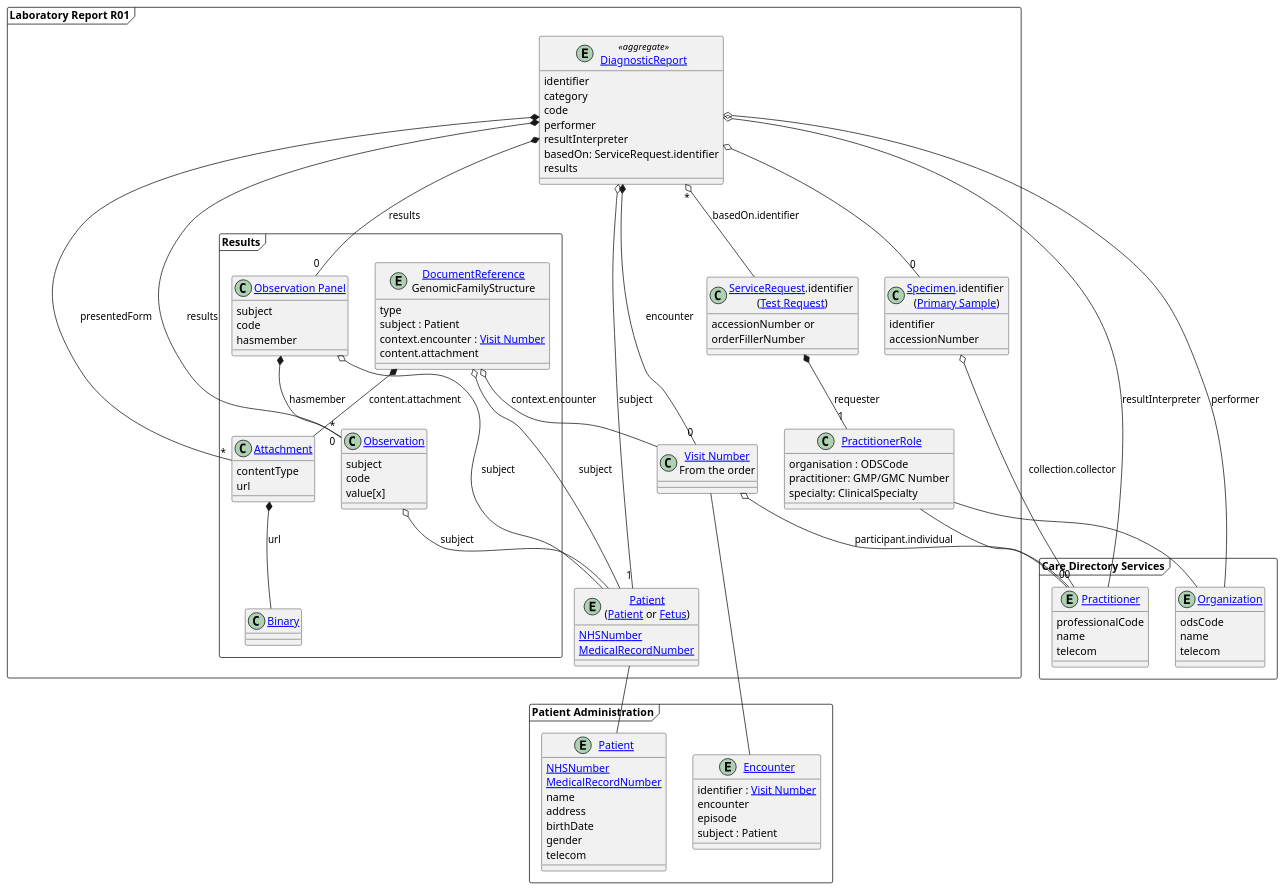
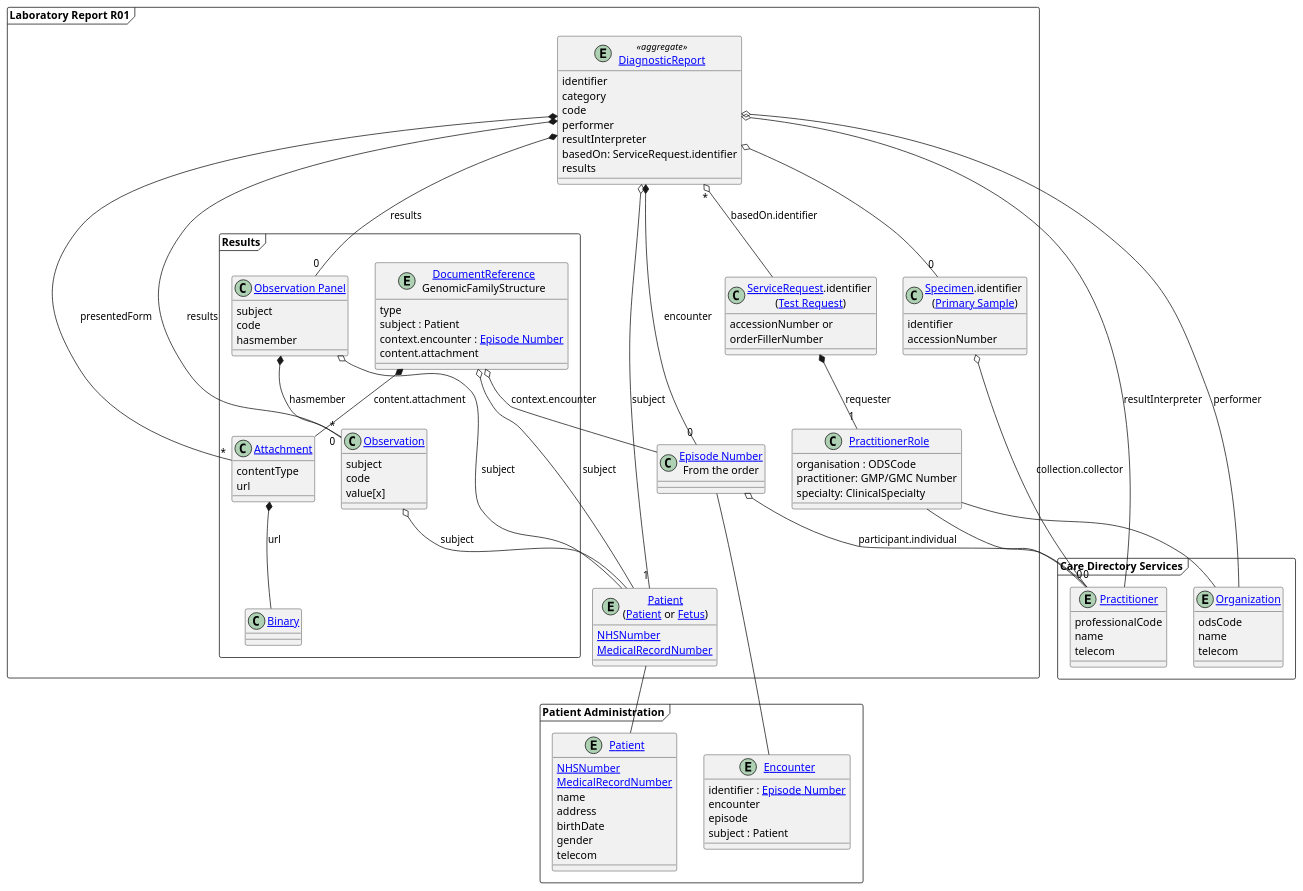
The diagram in input/images-source/reports-model.plantuml (nw-gmsa/nw-gmsa.github.com), drawn with PlantUML before and after one commit. The commit also changed 1 other file, not shown here.

Commit message:
Rename of Visit Number to EpisodeNumber

```diff
--- a/input/images-source/reports-model.plantuml
+++ b/input/images-source/reports-model.plantuml
@@ -1,147 +1,147 @@
 @startuml
 
 skinparam svgDimensionStyle false
 
 
   frame "Laboratory Report R01" as Composition {
 
 
     entity "[[StructureDefinition-DiagnosticReport.html DiagnosticReport]]" as OBR <<aggregate>> {
          identifier
          category
          code
          performer
          resultInterpreter
          basedOn: ServiceRequest.identifier
          results
          }
 
 
     entity "[[StructureDefinition-Patient.html Patient]]\n([[https://simplifier.net/guide/fhir-genomics-implementation-guide/Home/Design/Clinicalheadings#Patient Patient]] or [[https://simplifier.net/guide/fhir-genomics-implementation-guide/Home/Design/Clinicalheadings#Fetus Fetus]])" as PID {
     [[StructureDefinition-NHSNumber.html NHSNumber]]
     [[StructureDefinition-MedicalRecordNumber.html MedicalRecordNumber]]
     }
 
-    class "[[StructureDefinition-VisitNumber.html Visit Number]]\nFrom the order" as PV1 {
+    class "[[StructureDefinition-EpisodeNumber.html Episode Number]]\nFrom the order" as PV1 {
     }
 
     class "[[StructureDefinition-ServiceRequest.html ServiceRequest]].identifier \n([[https://simplifier.net/guide/fhir-genomics-implementation-guide/Home/Design/Clinicalheadings#Test-Request Test Request]])" as ORC {
       accessionNumber or
       orderFillerNumber
     }
 
     class "[[StructureDefinition-Specimen.html Specimen]].identifier \n([[https://simplifier.net/guide/fhir-genomics-implementation-guide/Home/Design/Clinicalheadings#Primary-Sample Primary Sample]])" as SPM {
     identifier
     accessionNumber
     }
 
     frame Results {
 
          class "[[StructureDefinition-Observation.html Observation]]" as OBX {
            subject
            code
            value[x]
             }
 
 
             class "[[StructureDefinition-Observation-Panel.html Observation Panel]]" as panel {
             subject
             code
             hasmember
             }
 
          entity "[[StructureDefinition-DocumentReference.html DocumentReference]]\nGenomicFamilyStructure" as documentReference {
                  type
                  subject : Patient
-                 context.encounter : [[StructureDefinition-VisitNumber.html Visit Number]]
+                 context.encounter : [[StructureDefinition-EpisodeNumber.html Episode Number]]
                 content.attachment
               }
 
 
           class "[[StructureDefinition-NWAttachment.html Attachment]]" as OBX2 {
           contentType
           url
           }
 
           class "[[StructureDefinition-Binary.html Binary]]" as binary
     }
     class "[[StructureDefinition-PractitionerRole.html PractitionerRole]]" as STF {
        organisation : ODSCode
        practitioner: GMP/GMC Number
        specialty: ClinicalSpecialty
       }
 
 
 
      panel *-d- "0" OBX: hasmember
   }
 
   frame "Patient Administration" {
 
    entity "[[StructureDefinition-Encounter.html Encounter]]" as encounter {
-      identifier : [[StructureDefinition-VisitNumber.html Visit Number]]
+      identifier : [[StructureDefinition-EpisodeNumber.html Episode Number]]
       encounter
       episode
       subject : Patient
       }
 
       entity "[[StructureDefinition-Patient.html Patient]]" as patient {
        [[StructureDefinition-NHSNumber.html NHSNumber]]
         [[StructureDefinition-MedicalRecordNumber.html MedicalRecordNumber]]
         name
         address
         birthDate
         gender
         telecom
       }
 
 
   }
 
   frame "Care Directory Services" {
 
     entity "[[StructureDefinition-Practitioner.html Practitioner]]" as practitioner {
     professionalCode
     name
     telecom
     }
 
     entity "[[StructureDefinition-Organization.html Organization]]" as organisation {
      odsCode
      name
      telecom
     }
 
   }
 
 
 OBR o-- practitioner: resultInterpreter
 OBR o-- organisation: performer
 
 OBR o-- "0" SPM
 OBR "*" o--  ORC : basedOn.identifier
 OBR o-- "1" PID : subject
 OBR *-- "0" PV1 : encounter
 OBR *-- "*" OBX : results
 OBR *-- "0" panel: results
 OBR *-- "*" OBX2: presentedForm
 
 
 
   ORC *-- "1" STF: requester
   SPM o-- "0" practitioner: collection.collector
   PV1 o-- "0" practitioner: participant.individual
 
 OBX o-- PID: subject
 panel o-- PID: subject
 documentReference o-- PID: subject
 documentReference *-- OBX2: content.attachment
 documentReference o-- PV1: context.encounter
 OBX2 *-- binary : url
 
  PV1 -- encounter
   PID -- patient
   STF -- practitioner
   STF -- organisation
 
 @enduml
```
